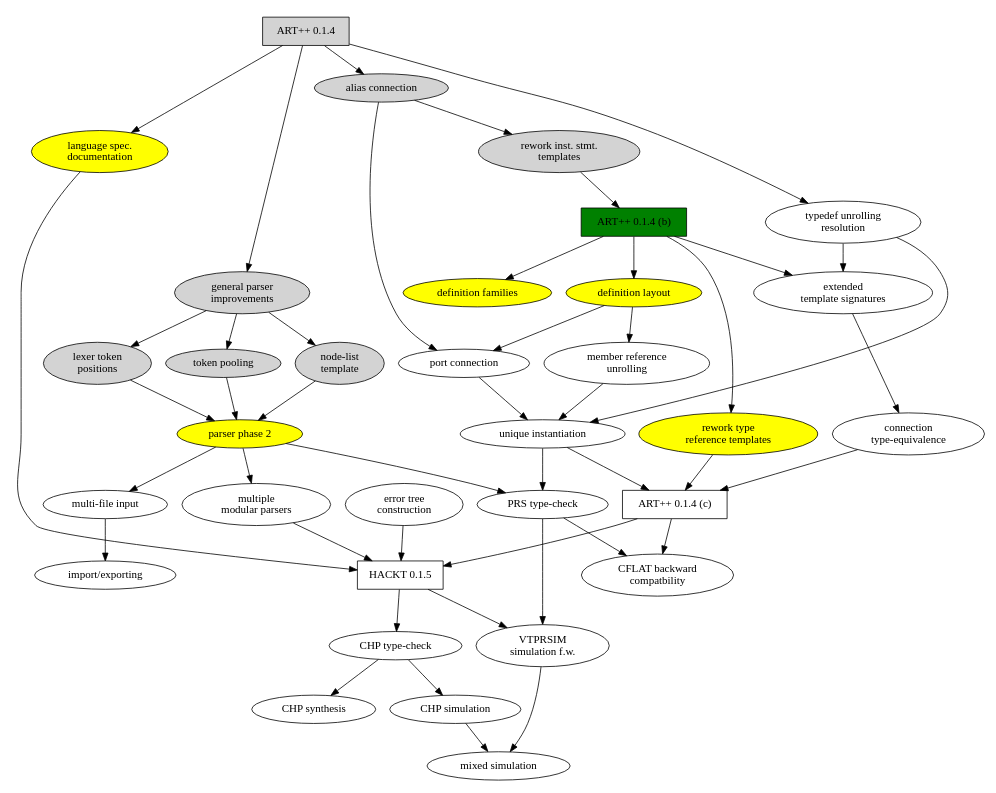
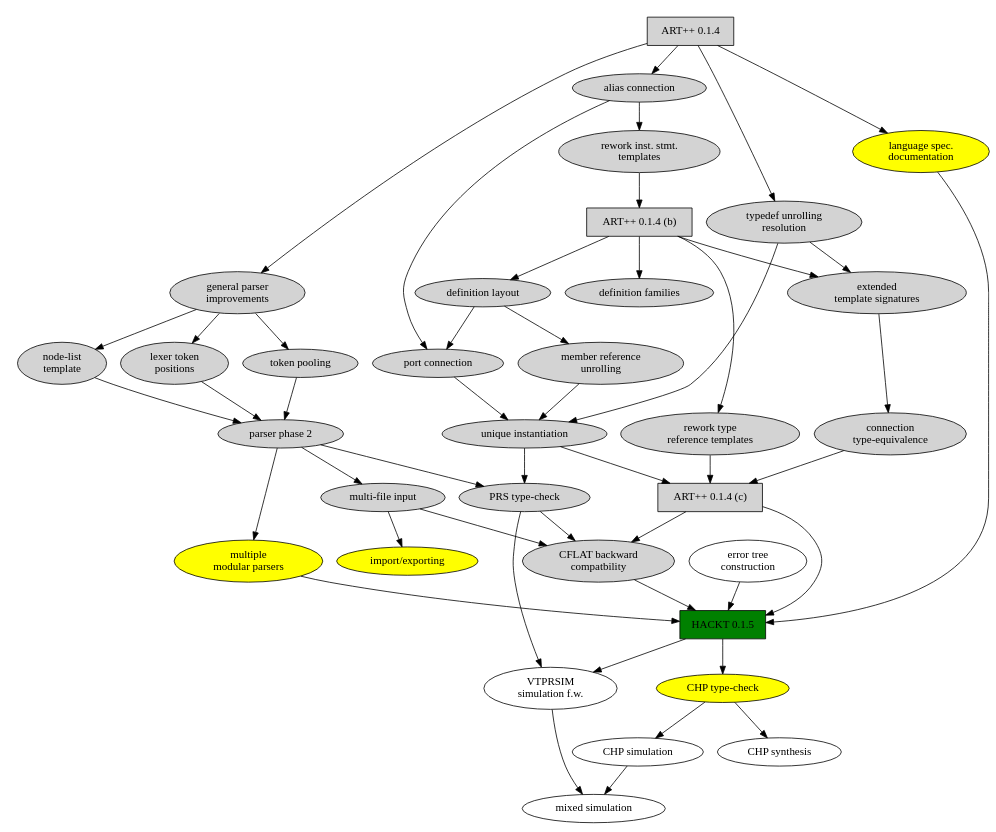
Before and after one commit to fangism/hackt: the diagram in DevelopmentPlan.dot, drawn with Graphviz. The commit also changed 5 other files, not shown here.

Commit message:
development plan graph update, configure, TODO notes

```diff
--- a/DevelopmentPlan.dot
+++ b/DevelopmentPlan.dot
@@ -1,99 +1,109 @@
 # "DevelopmentPlan.dot"
+#	$Id: DevelopmentPlan.dot,v 1.8 2005/12/07 22:36:36 fang Exp $
 
 digraph G {
 size="7,10";
 
 ARTXX_00_01_04		[shape=box, style=filled, label="ART++ 0.1.4"];
-ARTXX_00_01_04_b	[shape=box, style=filled, fillcolor=green, 
+ARTXX_00_01_04_b	[shape=box, style=filled, 
 				label="ART++ 0.1.4 (b)"];
-ARTXX_00_01_04_c	[shape=box, label="ART++ 0.1.4 (c)"];
-ARTXX_00_01_05		[shape=box, label="HACKT 0.1.5"];
+ARTXX_00_01_04_c	[shape=box, style=filled, label="ART++ 0.1.4 (c)"];
+HACKT_00_01_05		[shape=box, style=filled, fillcolor=green,
+				label="HACKT 0.1.5"];
 
 DOCS_00_01_04		[shape=ellipse, style=filled, fillcolor=yellow, 
 				label="language spec.\ndocumentation"];
 PARSER_00_01_04		[shape=ellipse, style=filled, 
 				label="general parser\nimprovements"];
 LEX_00_01_04		[shape=ellipse, style=filled,
 				label="lexer token\npositions"];
 TOKENPOOL_00_01_04	[shape=ellipse, style=filled, label="token pooling"];
 NODELIST_00_01_04	[shape=ellipse, style=filled, 
 				label="node-list\ntemplate"];
-PARSER_B_00_01_04	[shape=ellipse, style=filled, fillcolor=yellow,
+PARSER_B_00_01_04	[shape=ellipse, style=filled,
 				label="parser phase 2"];
-MULTIFILE_00_01_04	[shape=ellipse, label="multi-file input"];
-IMPORT_00_01_05		[shape=ellipse, label="import/exporting"];
-UNIQUE_00_01_04		[shape=ellipse, label="unique instantiation"];
+MULTIFILE_00_01_04	[shape=ellipse, style=filled, label="multi-file input"];
+IMPORT_00_01_05		[shape=ellipse, style=filled, fillcolor=yellow,
+				label="import/exporting"];
+UNIQUE_00_01_04		[shape=ellipse, style=filled, 
+				label="unique instantiation"];
 ALIAS_00_01_04		[shape=ellipse, style=filled, label="alias connection"];
-PORT_00_01_04		[shape=ellipse, label="port connection"];
-MEMBER_00_01_04		[shape=ellipse, label="member reference\nunrolling"];
-TYPEDEF_00_01_04	[shape=ellipse, label="typedef unrolling\nresolution"];
-DEFFAMILY_00_01_04	[shape=ellipse, style=filled, fillcolor=yellow, 
+PORT_00_01_04		[shape=ellipse, style=filled, label="port connection"];
+MEMBER_00_01_04		[shape=ellipse, style=filled, label="member reference\nunrolling"];
+TYPEDEF_00_01_04	[shape=ellipse, style=filled, label="typedef unrolling\nresolution"];
+DEFFAMILY_00_01_04	[shape=ellipse, style=filled, 
 				label="definition families"];
-DEFLAYOUT_00_01_04	[shape=ellipse, style=filled, fillcolor=yellow, 
+DEFLAYOUT_00_01_04	[shape=ellipse, style=filled,
 				label="definition layout"];
 INSTSTMT_00_01_04	[shape=ellipse, style=filled, 
 				label="rework inst. stmt.\ntemplates"];
-TYPEREF_00_01_04	[shape=ellipse, style=filled, fillcolor=yellow,
+TYPEREF_00_01_04	[shape=ellipse, style=filled, 
 				label="rework type\nreference templates"];
-EXTTEMPLATE_00_01_04	[shape=ellipse, label="extended\ntemplate signatures"];
-CONNECTEQ_00_01_04	[shape=ellipse, label="connection\ntype-equivalence"];
-CFLAT_00_01_04		[shape=ellipse, label="CFLAT backward\ncompatbility"];
-PRS_00_01_04		[shape=ellipse, label="PRS type-check"];
+EXTTEMPLATE_00_01_04	[shape=ellipse, style=filled, label="extended\ntemplate signatures"];
+CONNECTEQ_00_01_04	[shape=ellipse, style=filled, 
+				label="connection\ntype-equivalence"];
+CFLAT_00_01_04		[shape=ellipse, style=filled, 
+				label="CFLAT backward\ncompatbility"];
+PRS_00_01_04		[shape=ellipse, style=filled, label="PRS type-check"];
 ERRORTREE_00_01_04	[shape=ellipse, label="error tree\nconstruction"];
-MULTIPARSE_00_01_04	[shape=ellipse, label="multiple\nmodular parsers"];
+MULTIPARSE_00_01_04	[shape=ellipse, style=filled, fillcolor=yellow, 
+				label="multiple\nmodular parsers"];
 
 ARTXX_00_01_04 -> DOCS_00_01_04;
 ARTXX_00_01_04 -> PARSER_00_01_04;
 ARTXX_00_01_04 -> ALIAS_00_01_04;
 PARSER_00_01_04 -> LEX_00_01_04;
 PARSER_00_01_04 -> TOKENPOOL_00_01_04;
 PARSER_00_01_04 -> NODELIST_00_01_04;
 LEX_00_01_04 -> PARSER_B_00_01_04;
 TOKENPOOL_00_01_04 -> PARSER_B_00_01_04;
 NODELIST_00_01_04 -> PARSER_B_00_01_04;
 ALIAS_00_01_04 -> PORT_00_01_04;
 PORT_00_01_04 -> UNIQUE_00_01_04;
 MEMBER_00_01_04 -> UNIQUE_00_01_04;
 UNIQUE_00_01_04 -> ARTXX_00_01_04_c;
 ARTXX_00_01_04_b -> DEFLAYOUT_00_01_04;
 ARTXX_00_01_04_b -> DEFFAMILY_00_01_04;
 EXTTEMPLATE_00_01_04 -> CONNECTEQ_00_01_04;
 ARTXX_00_01_04 -> TYPEDEF_00_01_04;
 DEFLAYOUT_00_01_04 -> MEMBER_00_01_04;
 DEFLAYOUT_00_01_04 -> PORT_00_01_04;
 ALIAS_00_01_04 -> INSTSTMT_00_01_04;
 INSTSTMT_00_01_04 -> ARTXX_00_01_04_b;
 ARTXX_00_01_04_b -> EXTTEMPLATE_00_01_04;
 ARTXX_00_01_04_b -> TYPEREF_00_01_04;
 TYPEREF_00_01_04 -> ARTXX_00_01_04_c;
 TYPEDEF_00_01_04 -> UNIQUE_00_01_04;
 TYPEDEF_00_01_04 -> EXTTEMPLATE_00_01_04;
 PARSER_B_00_01_04 -> PRS_00_01_04;
 PARSER_B_00_01_04 -> MULTIFILE_00_01_04;
 MULTIFILE_00_01_04 -> IMPORT_00_01_05;
 UNIQUE_00_01_04 -> PRS_00_01_04;
 
-ARTXX_00_01_04_c -> ARTXX_00_01_05;
+ARTXX_00_01_04_c -> HACKT_00_01_05;
 PRS_00_01_04 -> CFLAT_00_01_04;
 ARTXX_00_01_04_c -> CFLAT_00_01_04;
+MULTIFILE_00_01_04 -> CFLAT_00_01_04;
 CONNECTEQ_00_01_04 -> ARTXX_00_01_04_c;
-DOCS_00_01_04 -> ARTXX_00_01_05;
-ERRORTREE_00_01_04 -> ARTXX_00_01_05;
+DOCS_00_01_04 -> HACKT_00_01_05;
+ERRORTREE_00_01_04 -> HACKT_00_01_05;
 PARSER_B_00_01_04 -> MULTIPARSE_00_01_04;
-MULTIPARSE_00_01_04 -> ARTXX_00_01_05;
+MULTIPARSE_00_01_04 -> HACKT_00_01_05;
+CFLAT_00_01_04 -> HACKT_00_01_05;
 
-CHP_00_01_05		[shape=ellipse, label="CHP type-check"];
+CHP_00_01_05		[shape=ellipse, style=filled, fillcolor=yellow, 
+				label="CHP type-check"];
 CHPSYNTH_00_01_05	[shape=ellipse, label="CHP synthesis"];
 CHPSIM_00_01_05		[shape=ellipse, label="CHP simulation"];
 VTPRSIM_00_01_05	[shape=ellipse, label="VTPRSIM\nsimulation f.w."];
 MIXSIM_00_01_05		[shape=ellipse, label="mixed simulation"];
 
-ARTXX_00_01_05 -> CHP_00_01_05;
+HACKT_00_01_05 -> CHP_00_01_05;
 CHP_00_01_05 -> CHPSYNTH_00_01_05;
 CHP_00_01_05 -> CHPSIM_00_01_05;
 PRS_00_01_04 -> VTPRSIM_00_01_05;
-ARTXX_00_01_05 -> VTPRSIM_00_01_05;
+HACKT_00_01_05 -> VTPRSIM_00_01_05;
 VTPRSIM_00_01_05 -> MIXSIM_00_01_05;
 CHPSIM_00_01_05 -> MIXSIM_00_01_05;
 
 }
```
